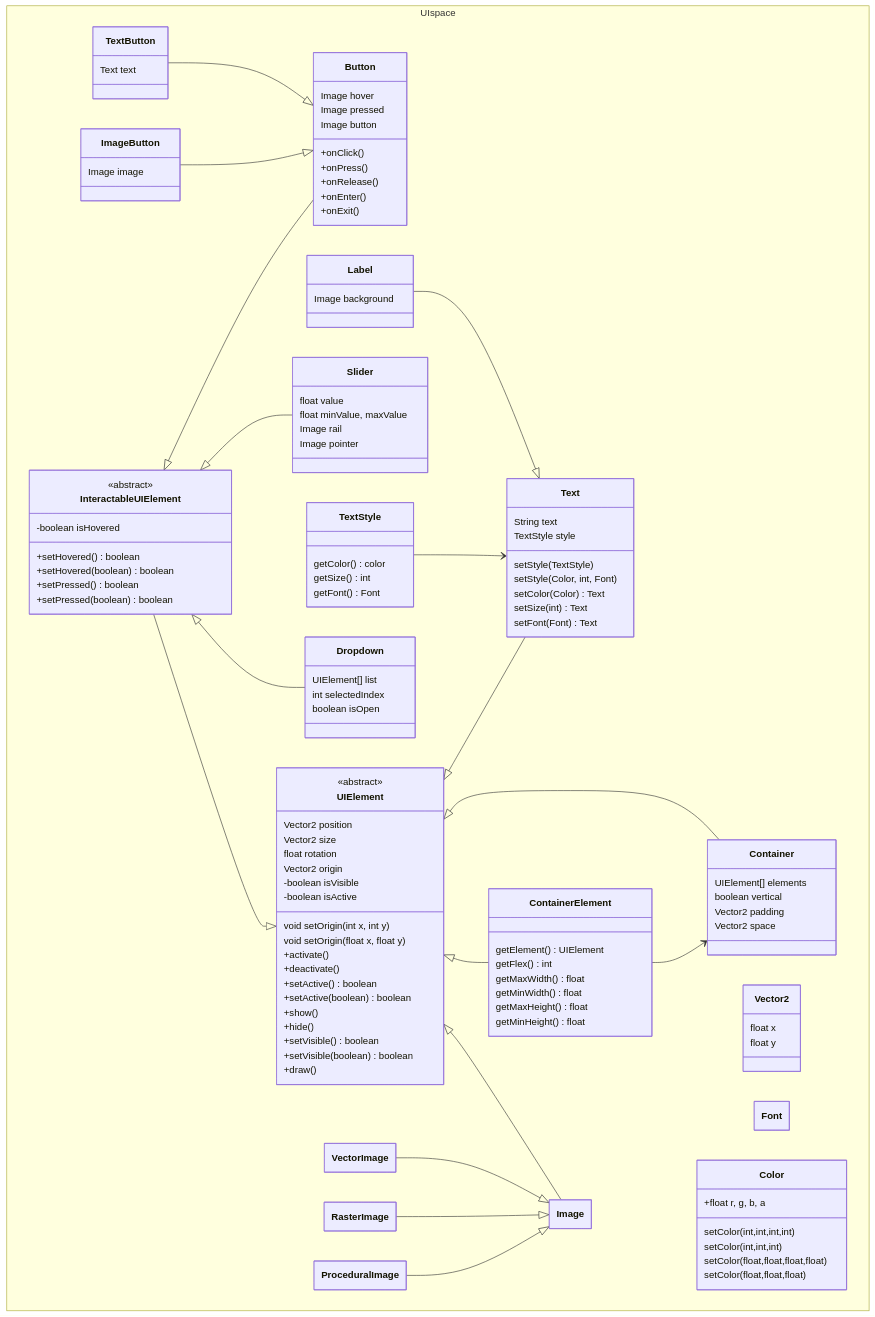
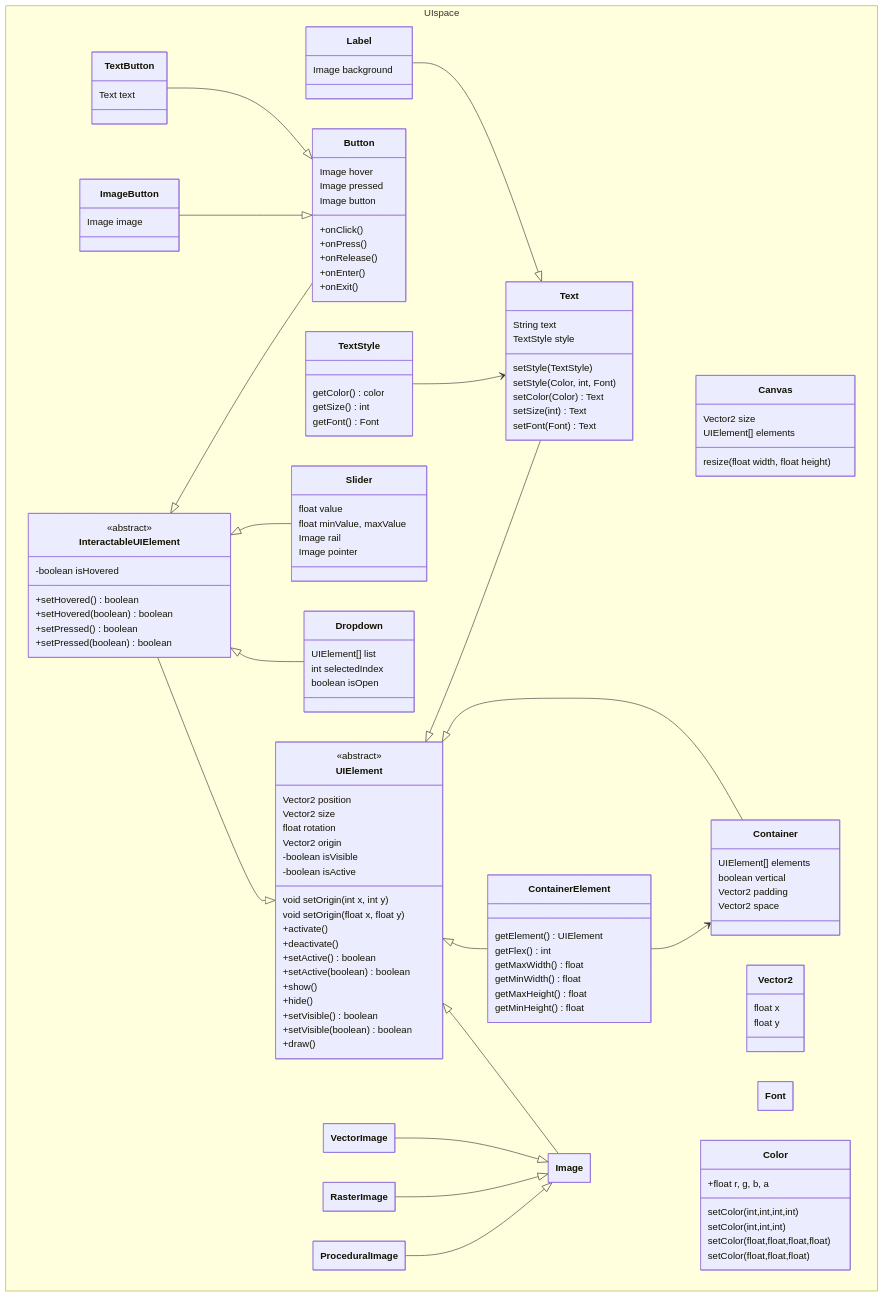
One commit to LuminescentNebula/Voidmax changed the diagram in ui_space.mmd. Above: the diagram before and after it, drawn with Mermaid. The commit also changed 13 other files, not shown here.

```diff
--- a/ui_space.mmd
+++ b/ui_space.mmd
@@ -1,182 +1,192 @@
 ---
   config:
     class:
       hideEmptyMembersBox: true
 ---
 
 classDiagram   
     namespace UIspace {
+        class Canvas
+
         class UIElement
         class InteractableUIElement
         class Container
         class ContainerElement
         class Vector2
 
         class Text
         class TextStyle
         class Font
         class Label
 
         class Button
         class TextButton
         class ImageButton
         class Slider
 
         class Image
         class VectorImage
         class RasterImage
         class ProceduralImage
         
         class Color
         class Dropdown
     }
+
+    class Canvas {
+        Vector2 size
+        UIElement[] elements
+        resize(float width, float height)
+    }
+    %%Canvas --|> Update
+    %%Canvas --|> Render
 
     class Vector2 {
         float x
         float y
     }
 
     class UIElement {
         <<abstract>>
         Vector2 position
         Vector2 size
         float rotation
         Vector2 origin
         -boolean isVisible
         -boolean isActive
         void setOrigin(int x, int y)
         void setOrigin(float x, float y)
 
 
         +activate()
         +deactivate()
         +setActive() boolean
         +setActive(boolean) boolean
         
         +show() 
         +hide()
         +setVisible() boolean
         +setVisible(boolean) boolean
         
         +draw()
     }
 
     class InteractableUIElement {
         <<abstract>>
         -boolean isHovered
 
         +setHovered() boolean
         +setHovered(boolean) boolean
         +setPressed() boolean
         +setPressed(boolean) boolean
     }
 
     class Container {
         UIElement[] elements
         boolean vertical
         %%from sides of container
         Vector2 padding
         %%between elements
         Vector2 space
     }
 
     class ContainerElement{
         %%UIElement element
         %%int flex
         %%float maxWidth, minWidth
         %%float maxHeight, minHeight 
         getElement() UIElement
         getFlex() int
         getMaxWidth() float
         getMinWidth() float
         getMaxHeight() float
         getMinHeight() float
     }
     
 
     Label --|> Text
     TextButton --|> Button
     ImageButton --|> Button
     InteractableUIElement <|-- Button
 
     TextStyle --> Text
     UIElement <|-- Text
     UIElement <|-- Container
     UIElement <|-- ContainerElement
     ContainerElement --> Container
     InteractableUIElement <|-- Slider
     InteractableUIElement <|-- Dropdown
     UIElement <|-- Image
     InteractableUIElement --|> UIElement
 
     VectorImage --|> Image
     RasterImage --|> Image
     ProceduralImage --|> Image
 
     class Text {
         String text
         TextStyle style
 
         setStyle(TextStyle)    
         setStyle(Color, int, Font)
         %%return this
         setColor(Color) Text 
         setSize(int) Text
         setFont(Font) Text
     }
 
     class TextStyle {
         %%Color color
         %%int size
         %%Font font
 
         getColor() color
         getSize() int
         getFont() Font
     }
 
     class Label {
         Image background
     }
 
     class Button {
         Image hover
         Image pressed
         Image button
 
         +onClick()
         +onPress()
         +onRelease()
         +onEnter()
         +onExit()
     }
 
     class TextButton {
         Text text
     }
 
     class ImageButton {
         Image image
     }  
 
     class Color {
         +float r, g, b, a
         setColor(int,int,int,int)
         setColor(int,int,int)
         setColor(float,float,float,float)
         setColor(float,float,float)
     }
 
     class Dropdown {
         UIElement[] list
         int selectedIndex
         boolean isOpen
     }
 
     class Slider {
         float value
         float minValue, maxValue
         
         Image rail
         Image pointer
     }
```
